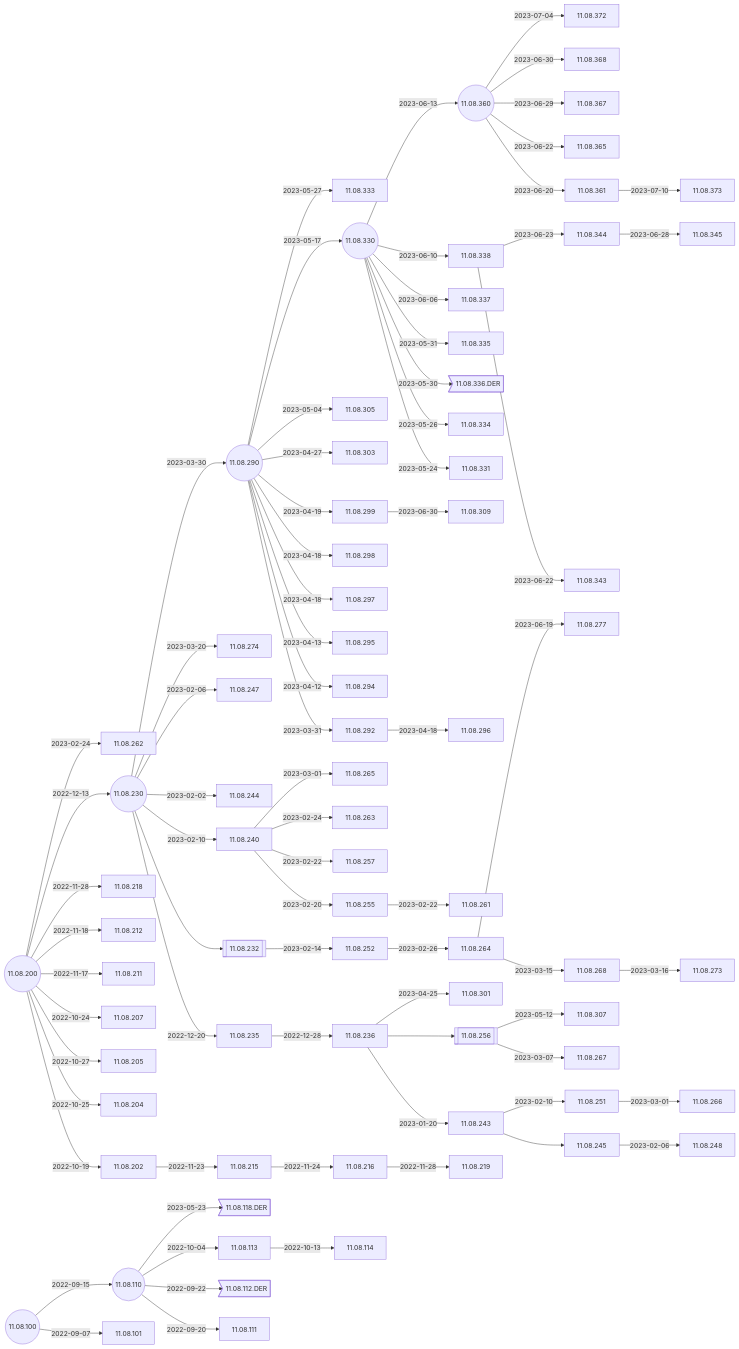
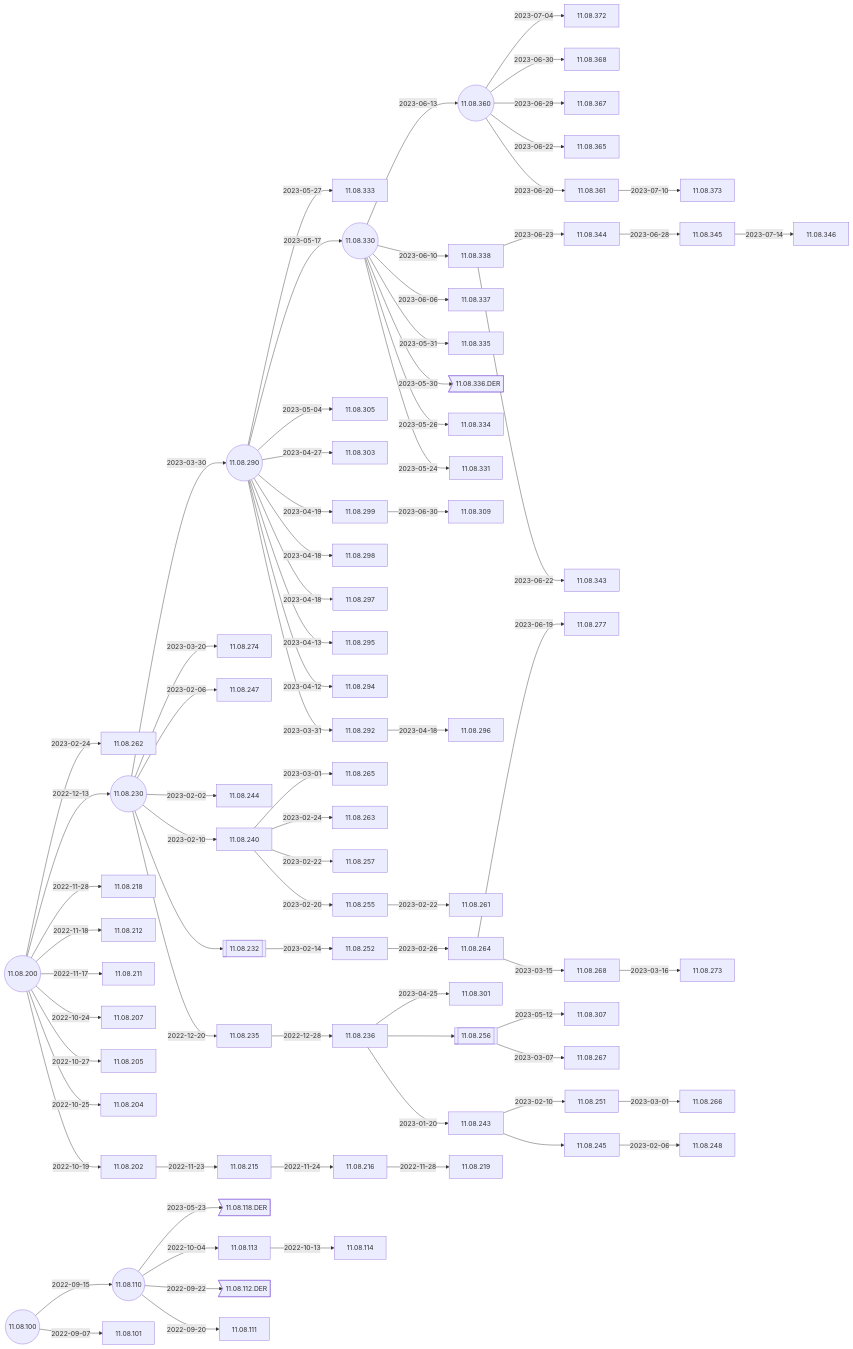
The second of 4 diagrams in docs/Docs/ReleaseNotes/01-OS11/README.md (IGEL-Community/IGEL-Docs-v02), drawn with Mermaid before and after one commit. The commit also changed 1 other file, not shown here.

Commit message:
11.08.346 < 11.08.345

````diff
--- a/docs/Docs/ReleaseNotes/01-OS11/README.md
+++ b/docs/Docs/ReleaseNotes/01-OS11/README.md
@@ -39,5 +39,6 @@
 ```mermaid
 flowchart LR
+    11.08.345-- 2023-07-14 -->11.08.346
     11.08.361-- 2023-07-10 -->11.08.373
     11.08.360-- 2023-07-04 -->11.08.372
     11.08.299-- 2023-06-30 -->11.08.309
@@ -96,6 +97,7 @@
     11.08.110((11.08.110))-- 2022-09-22 -->11.08.112.DER>11.08.112.DER]
     11.08.100-- 2022-09-15 -->11.08.110-- 2022-09-20 -->11.08.111
     11.08.100((11.08.100))-- 2022-09-07 -->11.08.101
+    click 11.08.346 "https://github.com/IGEL-Community/IGEL-Docs-v02/tree/main/docs/Docs/ReleaseNotes/01-OS11/readme11.08.346.txt" _blank
     click 11.08.373 "https://github.com/IGEL-Community/IGEL-Docs-v02/tree/main/docs/Docs/ReleaseNotes/01-OS11/readme11.08.373.txt" _blank
     click 11.08.372 "https://github.com/IGEL-Community/IGEL-Docs-v02/tree/main/docs/Docs/ReleaseNotes/01-OS11/readme11.08.372.txt" _blank
     click 11.08.309 "https://github.com/IGEL-Community/IGEL-Docs-v02/tree/main/docs/Docs/ReleaseNotes/01-OS11/readme11.08.309.txt" _blank
````
